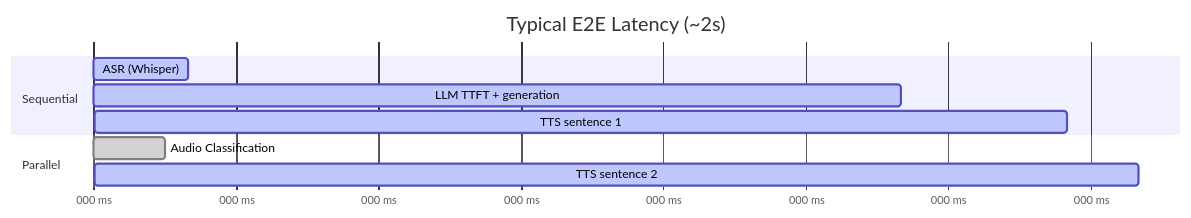
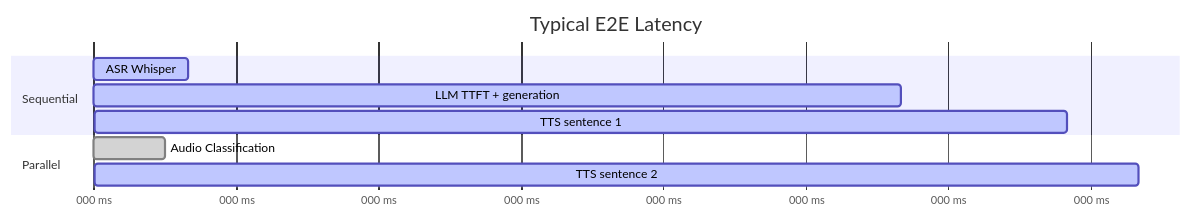
One commit to hubenschmidt/asr-llm-tts changed the fourth of 4 diagrams in docs/architecture.md. Above: the diagram before and after it, drawn with Mermaid. The commit also changed other lines of this file and 1 other file, not shown here.

````diff
--- a/docs/architecture.md
+++ b/docs/architecture.md
@@ -123,15 +129,15 @@
 ```mermaid
 gantt
-    title Typical E2E Latency (~2s)
+    title Typical E2E Latency
     dateFormat X
     axisFormat %L ms
 
     section Sequential
-    ASR (Whisper)           :active, asr, 0, 200
-    LLM TTFT + generation   :active, llm, 200, 1700
-    TTS sentence 1          :active, tts, 1700, 2050
+    ASR Whisper              :active, asr, 0, 200
+    LLM TTFT + generation    :active, llm, 200, 1700
+    TTS sentence 1           :active, tts, 1700, 2050
 
     section Parallel
-    Audio Classification    :done, cls, 0, 150
-    TTS sentence 2          :active, tts2, 1900, 2200
+    Audio Classification     :done, cls, 0, 150
+    TTS sentence 2           :active, tts2, 1900, 2200
 ```
````
